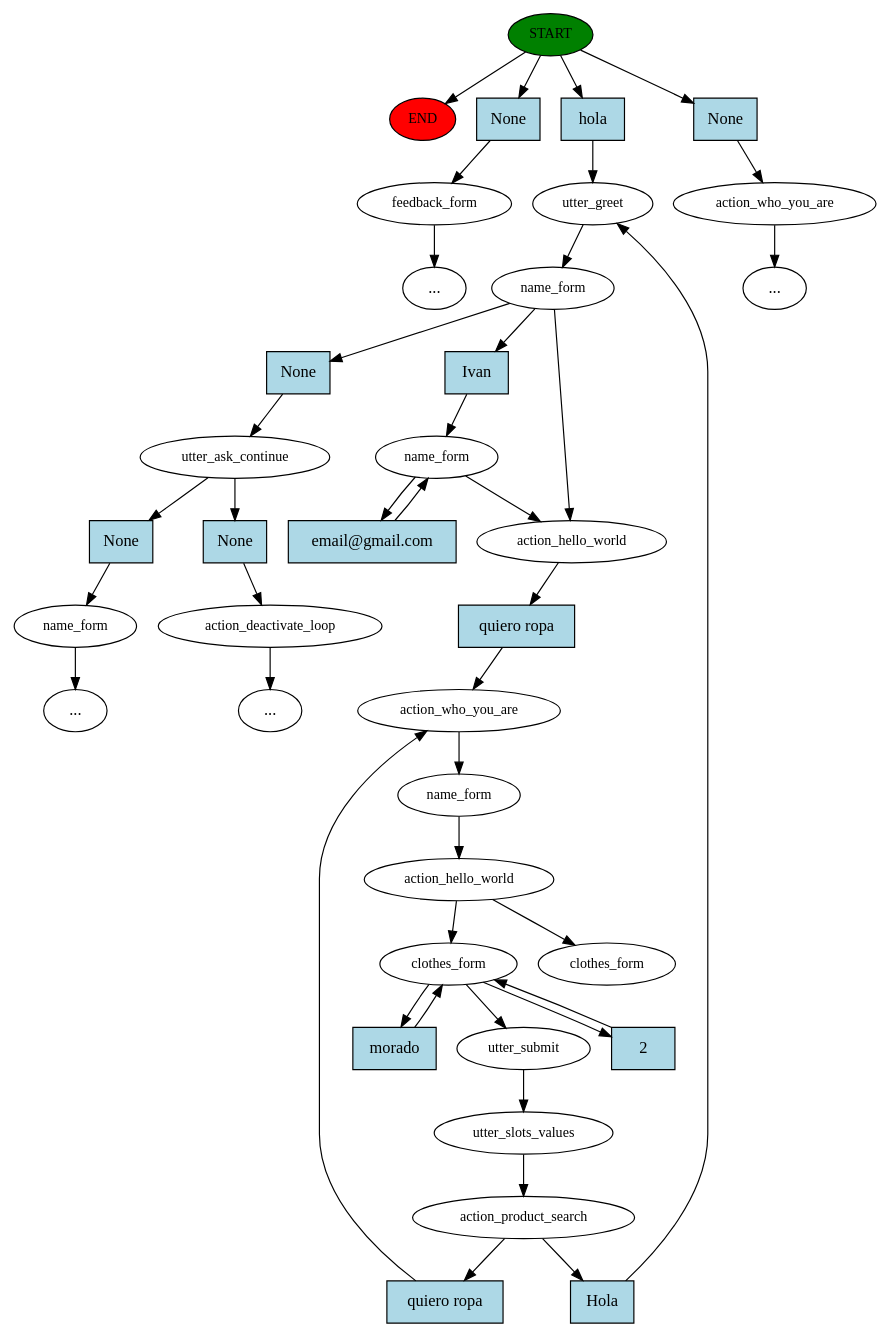
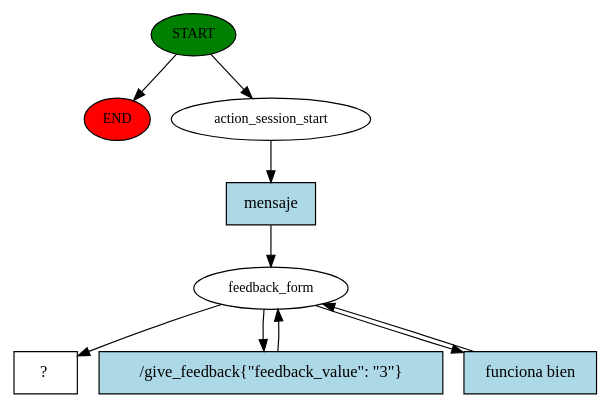
One commit to kabirivan/Ecommerce-Assistant-Jasmine changed the diagram in story_graph.dot. Above: the diagram before and after it, drawn with Graphviz. The commit also changed 6 other files, not shown here.

```diff
--- a/story_graph.dot
+++ b/story_graph.dot
@@ -1,79 +1,19 @@
 digraph  {
 0 [class="start active", fillcolor=green, fontsize=12, label=START, style=filled];
 "-1" [class=end, fillcolor=red, fontsize=12, label=END, style=filled];
-1 [class="", fontsize=12, label=feedback_form];
-"-5" [class=ellipsis, label="..."];
-4 [class=active, fontsize=12, label=utter_greet];
-5 [class=active, fontsize=12, label=name_form];
-6 [class="", fontsize=12, label=utter_ask_continue];
-7 [class="", fontsize=12, label=name_form];
-"-6" [class=ellipsis, label="..."];
-11 [class="", fontsize=12, label=action_deactivate_loop];
-"-7" [class=ellipsis, label="..."];
-12 [class="", fontsize=12, label=action_who_you_are];
-"-8" [class=ellipsis, label="..."];
-15 [class=active, fontsize=12, label=name_form];
-17 [class=active, fontsize=12, label=action_hello_world];
-18 [class=active, fontsize=12, label=action_who_you_are];
-19 [class=active, fontsize=12, label=name_form];
-20 [class=active, fontsize=12, label=action_hello_world];
-21 [class=active, fontsize=12, label=clothes_form];
-26 [class=active, fontsize=12, label=utter_submit];
-27 [class=active, fontsize=12, label=utter_slots_values];
-28 [class=active, fontsize=12, label=action_product_search];
-57 [class="dashed active", fontsize=12, label=clothes_form];
-58 [class=intent, fillcolor=lightblue, label=None, shape=rect, style=filled];
-59 [class="intent active", fillcolor=lightblue, label=hola, shape=rect, style=filled];
-60 [class=intent, fillcolor=lightblue, label=None, shape=rect, style=filled];
-61 [class=intent, fillcolor=lightblue, label=None, shape=rect, style=filled];
-62 [class="intent active", fillcolor=lightblue, label=Ivan, shape=rect, style=filled];
-63 [class=intent, fillcolor=lightblue, label=None, shape=rect, style=filled];
-64 [class=intent, fillcolor=lightblue, label=None, shape=rect, style=filled];
-65 [class="intent active", fillcolor=lightblue, label="email@gmail.com", shape=rect, style=filled];
-66 [class="intent active", fillcolor=lightblue, label="quiero ropa", shape=rect, style=filled];
-67 [class="intent active", fillcolor=lightblue, label=2, shape=rect, style=filled];
-68 [class="intent active", fillcolor=lightblue, label=morado, shape=rect, style=filled];
-69 [class="intent active", fillcolor=lightblue, label="quiero ropa", shape=rect, style=filled];
-70 [class="intent active", fillcolor=lightblue, label=Hola, shape=rect, style=filled];
+1 [class=active, fontsize=12, label=action_session_start];
+2 [class=active, fontsize=12, label=feedback_form];
+5 [class="intent dashed active", label="  ?  ", shape=rect];
+6 [class="intent active", fillcolor=lightblue, label=mensaje, shape=rect, style=filled];
+7 [class="intent active", fillcolor=lightblue, label="/give_feedback{\"feedback_value\": \"3\"}", shape=rect, style=filled];
+8 [class="intent active", fillcolor=lightblue, label="funciona bien", shape=rect, style=filled];
 0 -> "-1"  [class="", key=NONE, label=""];
-0 -> 58  [class="", key=0];
-0 -> 59  [class=active, key=0];
-0 -> 60  [class="", key=0];
-1 -> "-5"  [class="", key=NONE, label=""];
-4 -> 5  [class=active, key=NONE, label=""];
-5 -> 17  [class=active, key=NONE, label=""];
-5 -> 61  [class="", key=0];
-5 -> 62  [class=active, key=0];
-6 -> 63  [class="", key=0];
-6 -> 64  [class="", key=0];
-7 -> "-6"  [class="", key=NONE, label=""];
-11 -> "-7"  [class="", key=NONE, label=""];
-12 -> "-8"  [class="", key=NONE, label=""];
-15 -> 17  [class=active, key=NONE, label=""];
-15 -> 65  [class=active, key=0];
-17 -> 66  [class=active, key=0];
-18 -> 19  [class=active, key=NONE, label=""];
-19 -> 20  [class=active, key=NONE, label=""];
-20 -> 21  [class=active, key=NONE, label=""];
-20 -> 57  [class=active, key=NONE, label=""];
-21 -> 26  [class=active, key=NONE, label=""];
-21 -> 67  [class=active, key=0];
-21 -> 68  [class=active, key=0];
-26 -> 27  [class=active, key=NONE, label=""];
-27 -> 28  [class=active, key=NONE, label=""];
-28 -> 69  [class=active, key=0];
-28 -> 70  [class=active, key=0];
-58 -> 1  [class="", key=0];
-59 -> 4  [class=active, key=0];
-60 -> 12  [class="", key=0];
-61 -> 6  [class="", key=0];
-62 -> 15  [class=active, key=0];
-63 -> 7  [class="", key=0];
-64 -> 11  [class="", key=0];
-65 -> 15  [class=active, key=0];
-66 -> 18  [class=active, key=0];
-67 -> 21  [class=active, key=0];
-68 -> 21  [class=active, key=0];
-69 -> 18  [class=active, key=0];
-70 -> 4  [class=active, key=0];
+0 -> 1  [class=active, key=NONE, label=""];
+1 -> 6  [class=active, key=0];
+2 -> 5  [class=active, key=NONE, label=""];
+2 -> 7  [class=active, key=0];
+2 -> 8  [class=active, key=0];
+6 -> 2  [class=active, key=0];
+7 -> 2  [class=active, key=0];
+8 -> 2  [class=active, key=0];
 }
```
